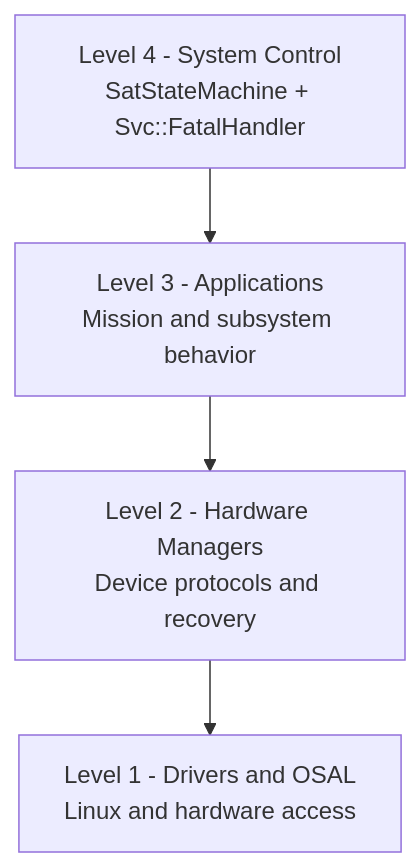
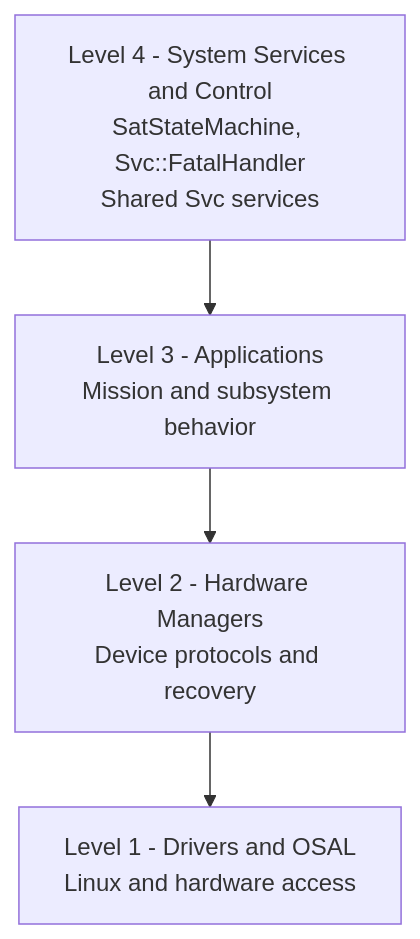
Before and after one commit to UWCubeSat/hs2-software-design: the diagram in docs/Reference/Introduction/ArchitectureOverview.qmd, drawn with Mermaid. The commit also changed other lines of this file and 47 other files, not shown here.

````diff
--- a/docs/Reference/Introduction/ArchitectureOverview.qmd
+++ b/docs/Reference/Introduction/ArchitectureOverview.qmd
@@ -14,10 +14,10 @@
 ```{mermaid}
 flowchart TB
-    L4["Level 4 - System Control<br/>SatStateMachine + Svc::FatalHandler"]
+    L4["Level 4 - System Services and Control<br/>SatStateMachine, Svc::FatalHandler<br/>Shared Svc services"]
     L3["Level 3 - Applications<br/>Mission and subsystem behavior"]
     L2["Level 2 - Hardware Managers<br/>Device protocols and recovery"]
     L1["Level 1 - Drivers and OSAL<br/>Linux and hardware access"]
     L4 --> L3
     L3 --> L2
     L2 --> L1
 ```
````
